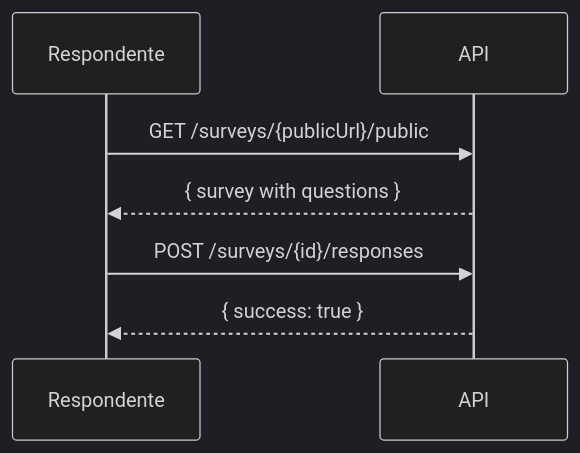
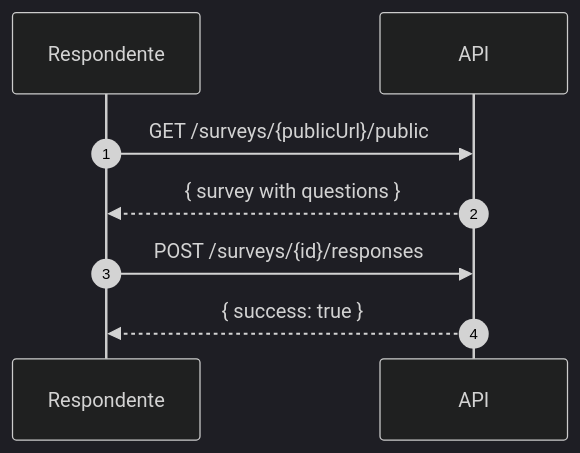
One commit to gabrigabs/public-polls-app changed the third of 3 diagrams in docs/06-api-reference.md. Above: the diagram before and after it, drawn with Mermaid (dark theme). The commit also changed other lines of this file and 6 other files, not shown here.

Commit message:
docs: standardize and improve mermaid diagrams readability

````diff
--- a/docs/06-api-reference.md
+++ b/docs/06-api-reference.md
@@ -426,11 +428,12 @@
 ```mermaid
 sequenceDiagram
+    autonumber
     participant R as Respondente
     participant API as API
 
     R->>API: GET /surveys/{publicUrl}/public
     API-->>R: { survey with questions }
 
     R->>API: POST /surveys/{id}/responses
     API-->>R: { success: true }
 ```
````
